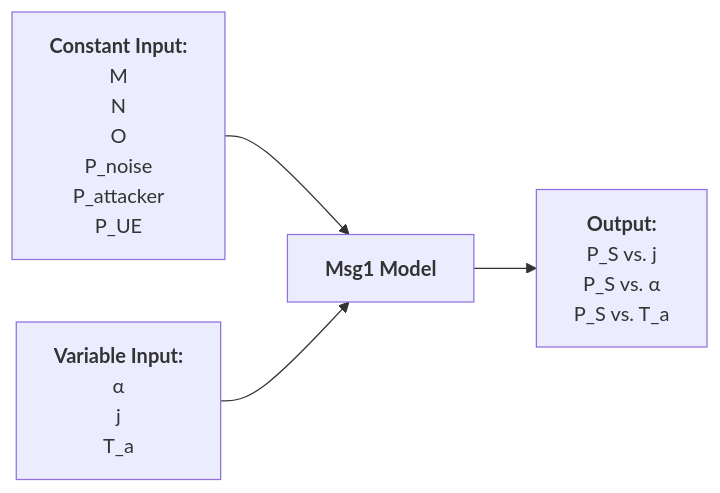
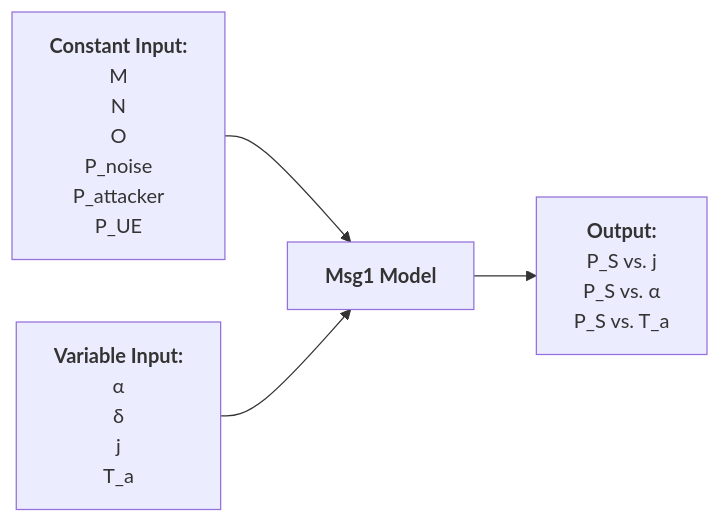
The sixth of 7 diagrams in docs/20250310 Thesis (Basic Msg1 Model).md (bmw-ece-ntust/wilfrid-prach-attack-analysis), drawn with Mermaid before and after one commit. The commit also changed other lines of this file, not shown here.

````diff
--- a/docs/20250310 Thesis (Basic Msg1 Model).md
+++ b/docs/20250310 Thesis (Basic Msg1 Model).md
@@ -198,22 +200,23 @@
 ```mermaid
 flowchart LR
     inputC["`**Constant Input:**
     M
     N
     O
     P_noise
     P_attacker
     P_UE`"]
     inputV["`**Variable Input:**
     α
+    δ
     j
     T_a`"]
     process["`**Msg1 Model**`"]
     output["`**Output:**
     P_S vs. j
     P_S vs. α
     P_S vs. T_a`"]
     inputC --> process
     inputV --> process
     process --> output
 ```
````
